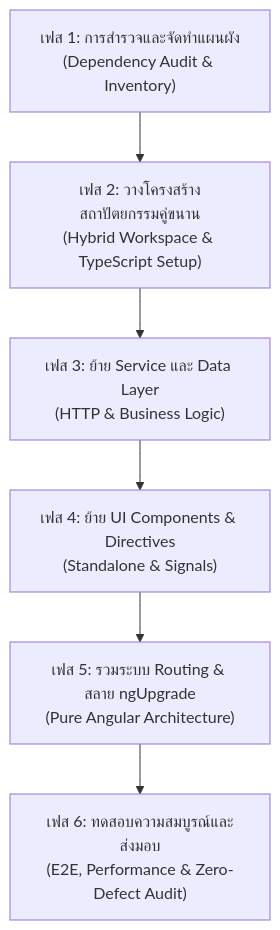
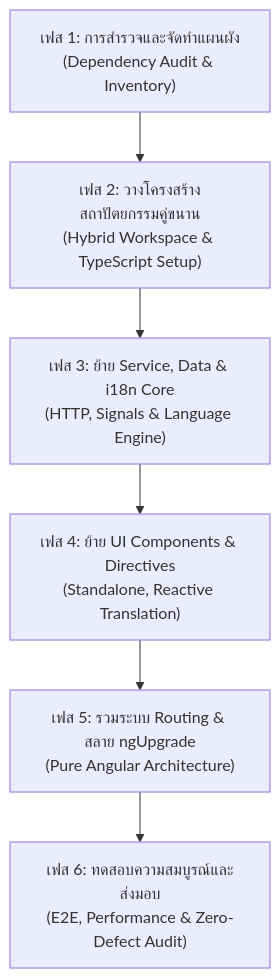
The third of 3 diagrams in Docs/DELTA_SYNTH_ANGULAR_MIGRATION_BLUEPRINT.md (deltaVOCALOID09378/Thai_OpenUtau), drawn with Mermaid before and after one commit. The commit also changed other lines of this file and 19 other files, not shown here.

Commit message:
feat(i18n): add 10-country synchronized i18n architecture and reactive signals engine

````diff
--- a/Docs/DELTA_SYNTH_ANGULAR_MIGRATION_BLUEPRINT.md
+++ b/Docs/DELTA_SYNTH_ANGULAR_MIGRATION_BLUEPRINT.md
@@ -334,8 +455,8 @@
 ```mermaid
 graph TD
     F1["เฟส 1: การสำรวจและจัดทำแผนผัง<br/>(Dependency Audit & Inventory)"] --> F2["เฟส 2: วางโครงสร้างสถาปัตยกรรมคู่ขนาน<br/>(Hybrid Workspace & TypeScript Setup)"]
-    F2 --> F3["เฟส 3: ย้าย Service และ Data Layer<br/>(HTTP & Business Logic)"]
-    F3 --> F4["เฟส 4: ย้าย UI Components & Directives<br/>(Standalone & Signals)"]
+    F2 --> F3["เฟส 3: ย้าย Service, Data & i18n Core<br/>(HTTP, Signals & Language Engine)"]
+    F3 --> F4["เฟส 4: ย้าย UI Components & Directives<br/>(Standalone, Reactive Translation)"]
     F4 --> F5["เฟส 5: รวมระบบ Routing & สลาย ngUpgrade<br/>(Pure Angular Architecture)"]
     F5 --> F6["เฟส 6: ทดสอบความสมบูรณ์และส่งมอบ<br/>(E2E, Performance & Zero-Defect Audit)"]
 ```
````
